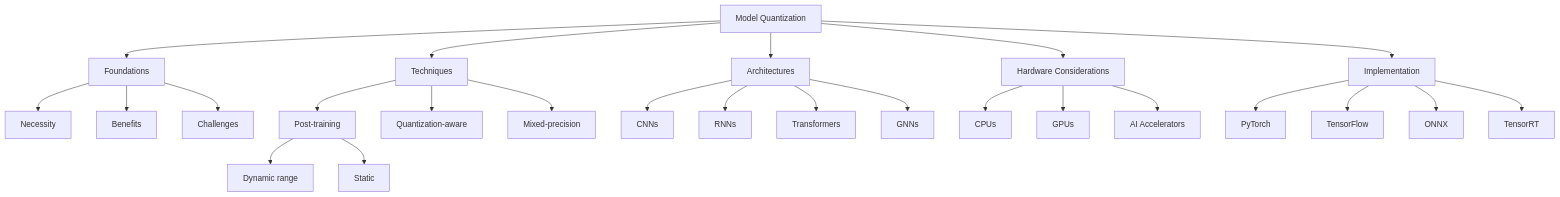
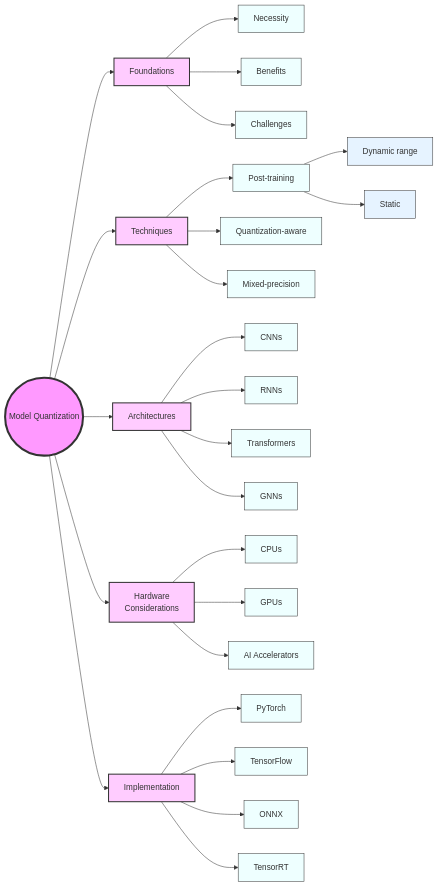
Before and after one commit to chenxingqiang/llm-course-chen: the second of 2 diagrams in notebooks/md/lesson_14_Model_Quantization_Techniques.md, drawn with Mermaid. The commit also changed other lines of this file and 658 other files, not shown here.

````diff
--- a/notebooks/md/lesson_14_Model_Quantization_Techniques.md
+++ b/notebooks/md/lesson_14_Model_Quantization_Techniques.md
@@ -413,33 +423,50 @@
 ```mermaid
-graph TD
-    A[Model Quantization] --> B[Foundations]
-    A --> C[Techniques]
-    A --> D[Architectures]
-    A --> E[Hardware Considerations]
-    A --> F[Implementation]
+graph LR
+    A(("Model Quantization"))
     
-    B --> B1[Necessity]
-    B --> B2[Benefits]
-    B --> B3[Challenges]
+    B["Foundations"]
+    C["Techniques"]
+    D["Architectures"]
+    E["Hardware<br/>Considerations"]
+    F["Implementation"]
     
-    C --> C1[Post-training]
-    C --> C2[Quantization-aware]
-    C --> C3[Mixed-precision]
+    A --> B & C & D & E & F
     
-    C1 --> C1a[Dynamic range]
-    C1 --> C1b[Static]
+    B --> B1["Necessity"]
+    B --> B2["Benefits"]
+    B --> B3["Challenges"]
     
-    D --> D1[CNNs]
-    D --> D2[RNNs]
-    D --> D3[Transformers]
-    D --> D4[GNNs]
+    C --> C1["Post-training"]
+    C --> C2["Quantization-aware"]
+    C --> C3["Mixed-precision"]
     
-    E --> E1[CPUs]
-    E --> E2[GPUs]
-    E --> E3[AI Accelerators]
+    C1 --> C1a["Dynamic range"]
+    C1 --> C1b["Static"]
     
-    F --> F1[PyTorch]
-    F --> F2[TensorFlow]
-    F --> F3[ONNX]
-    F --> F4[TensorRT]
+    D --> D1["CNNs"]
+    D --> D2["RNNs"]
+    D --> D3["Transformers"]
+    D --> D4["GNNs"]
+    
+    E --> E1["CPUs"]
+    E --> E2["GPUs"]
+    E --> E3["AI Accelerators"]
+    
+    F --> F1["PyTorch"]
+    F --> F2["TensorFlow"]
+    F --> F3["ONNX"]
+    F --> F4["TensorRT"]
+
+    style A fill:#f9f,stroke:#333,stroke-width:4px
+    style B fill:#fcf,stroke:#333,stroke-width:2px
+    style C fill:#fcf,stroke:#333,stroke-width:2px
+    style D fill:#fcf,stroke:#333,stroke-width:2px
+    style E fill:#fcf,stroke:#333,stroke-width:2px
+    style F fill:#fcf,stroke:#333,stroke-width:2px
+    
+    classDef subTopic fill:#eff,stroke:#333,stroke-width:1px
+    class B1,B2,B3,C1,C2,C3,D1,D2,D3,D4,E1,E2,E3,F1,F2,F3,F4 subTopic
+    
+    classDef subSubTopic fill:#e6f3ff,stroke:#333,stroke-width:1px
+    class C1a,C1b subSubTopic
 ```
````
